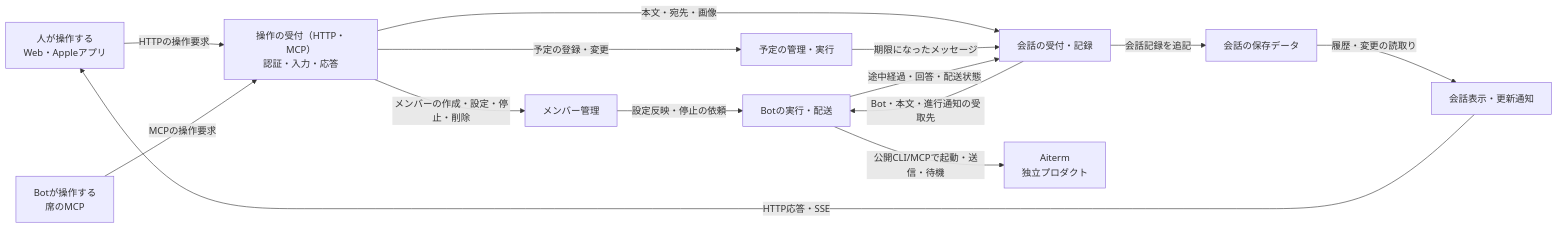
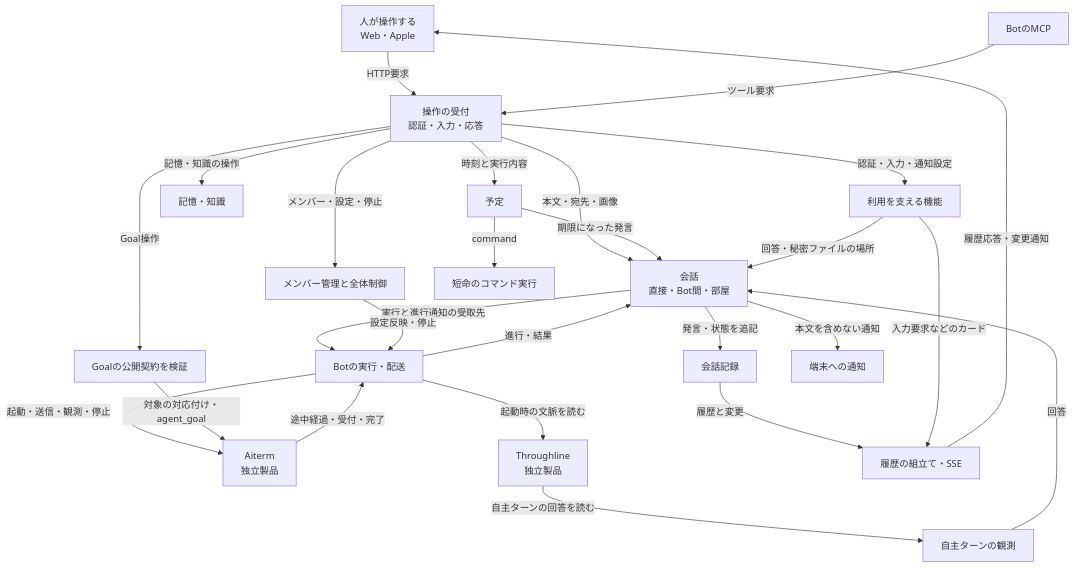
The diagram in docs/architecture/feature-map.md (kitepon/BellTeam), drawn with Mermaid before and after one commit. The commit also changed other lines of this file and 5 other files, not shown here.

````diff
--- a/docs/architecture/feature-map.md
+++ b/docs/architecture/feature-map.md
@@ -11,16 +11,28 @@
 ```mermaid
-flowchart LR
-  User["人が操作する\nWeb・Appleアプリ"] -->|"HTTPの操作要求"| API["操作の受付（HTTP・MCP）\n認証・入力・応答"]
-  Bot["Botが操作する\n席のMCP"] -->|"MCPの操作要求"| API
-  API -->|"メンバーの作成・設定・停止・削除"| Admin["メンバー管理"]
-  API -->|"本文・宛先・画像"| Talk["会話の受付・記録"]
-  API -->|"予定の登録・変更"| Schedule["予定の管理・実行"]
-  Schedule -->|"期限になったメッセージ"| Talk
-  Talk -->|"Bot・本文・進行通知の受取先"| Run["Botの実行・配送"]
-  Admin -->|"設定反映・停止の依頼"| Run
-  Run -->|"公開CLI/MCPで起動・送信・待機"| Aiterm["Aiterm\n独立プロダクト"]
-  Run -->|"途中経過・回答・配送状態"| Talk
-  Talk -->|"会話記録を追記"| History["会話の保存データ"]
-  History -->|"履歴・変更の読取り"| View["会話表示・更新通知"]
-  View -->|"HTTP応答・SSE"| User
+flowchart TB
+  Human["人が操作する<br/>Web・Apple"] -->|"HTTP要求"| Entry["操作の受付<br/>認証・入力・応答"]
+  Bot["BotのMCP"] -->|"ツール要求"| Entry
+  Entry -->|"本文・宛先・画像"| Talk["会話<br/>直接・Bot間・部屋"]
+  Entry -->|"メンバー・設定・停止"| Admin["メンバー管理と全体制御"]
+  Entry -->|"時刻と実行内容"| Schedule["予定"]
+  Entry -->|"記憶・知識の操作"| Memory["記憶・知識"]
+  Entry -->|"認証・入力・通知設定"| Support["利用を支える機能"]
+  Entry -->|"Goal操作"| Goal["Goalの公開契約を検証"]
+  Schedule -->|"期限になった発言"| Talk
+  Schedule -->|"command"| Command["短命のコマンド実行"]
+  Support -->|"回答・秘密ファイルの場所"| Talk
+  Talk -->|"実行と進行通知の受取先"| Run["Botの実行・配送"]
+  Admin -->|"設定反映・停止"| Run
+  Run -->|"起動・送信・観測・停止"| Aiterm["Aiterm<br/>独立製品"]
+  Goal -->|"対象の対応付け・agent_goal"| Aiterm
+  Run -->|"起動時の文脈を読む"| Throughline["Throughline<br/>独立製品"]
+  Throughline -->|"自主ターンの回答を読む"| Observe["自主ターンの観測"]
+  Aiterm -->|"途中経過・受付・完了"| Run
+  Run -->|"進行・結果"| Talk
+  Observe -->|"回答"| Talk
+  Talk -->|"発言・状態を追記"| History["会話記録"]
+  History -->|"履歴と変更"| View["履歴の組立て・SSE"]
+  Support -->|"入力要求などのカード"| View
+  View -->|"履歴応答・変更通知"| Human
+  Talk -->|"本文を含めない通知"| Push["端末への通知"]
 ```
````
